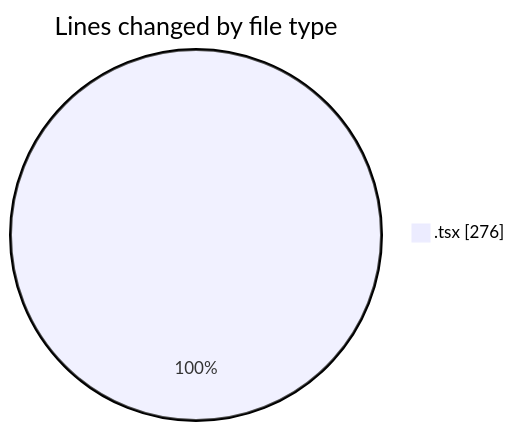
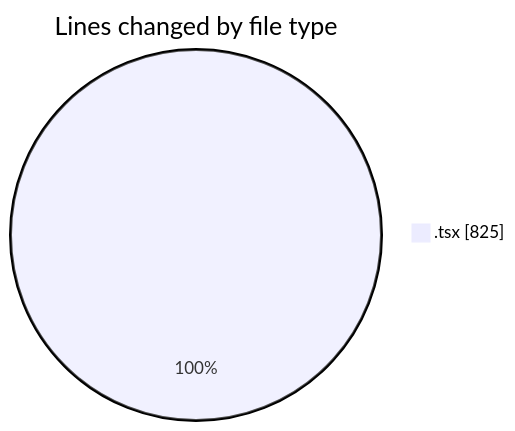
The first of 2 diagrams in 2025-06-12/cda/README.md (momahboobian/code-tracking), drawn with Mermaid before and after one commit. The commit also changed other lines of this file and 1 other file, not shown here.

````diff
--- a/2025-06-12/cda/README.md
+++ b/2025-06-12/cda/README.md
@@ -20,5 +21,5 @@
 ```mermaid
 pie showData
 title Lines changed by file type
-".tsx" : 276
+".tsx" : 825
 ```
````
